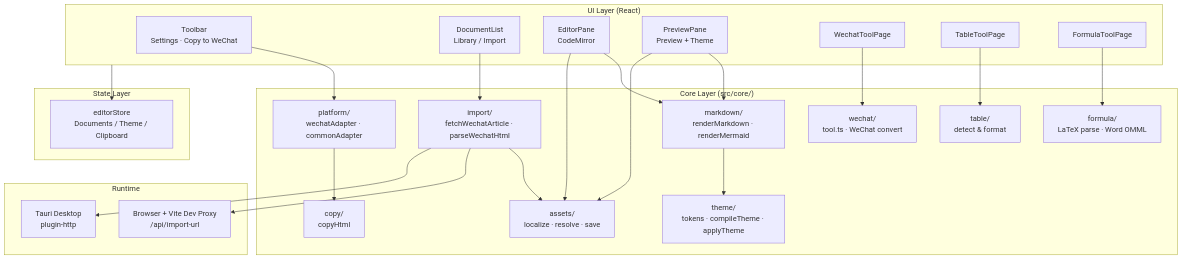
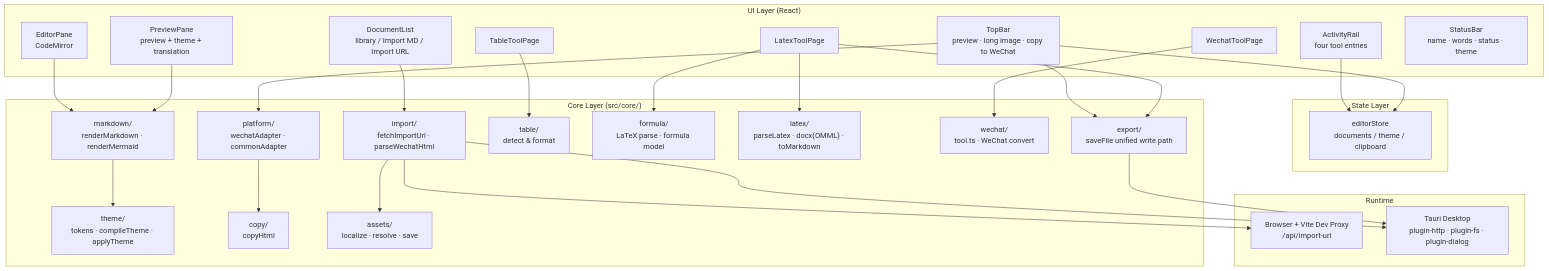
Before and after one commit to mo21cn/Baker-Writing-Studio: the diagram in README-EN.md, drawn with Mermaid. The commit also changed other lines of this file and 2 other files, not shown here.

````diff
--- a/README-EN.md
+++ b/README-EN.md
@@ -115,47 +250,54 @@
 ```mermaid
 flowchart TB
   subgraph UI["UI Layer (React)"]
-    TB[Toolbar<br/>Settings · Copy to WeChat]
-    DL[DocumentList<br/>Library / Import]
+    RAIL[ActivityRail<br/>four tool entries]
+    TOP[TopBar<br/>preview · long image · copy to WeChat]
+    DL[DocumentList<br/>library / Import MD / Import URL]
     EP[EditorPane<br/>CodeMirror]
-    PP[PreviewPane<br/>Preview + Theme]
+    PP[PreviewPane<br/>preview + theme + translation]
     WT[WechatToolPage]
     TT[TableToolPage]
-    FT[FormulaToolPage]
+    LT[LatexToolPage]
+    SB[StatusBar<br/>name · words · status · theme]
   end
 
   subgraph State["State Layer"]
-    ZS["editorStore<br/>Documents / Theme / Clipboard"]
+    ZS["editorStore<br/>documents / theme / clipboard"]
   end
 
   subgraph Core["Core Layer (src/core/)"]
     MD["markdown/<br/>renderMarkdown · renderMermaid"]
     TH["theme/<br/>tokens · compileTheme · applyTheme"]
     PL["platform/<br/>wechatAdapter · commonAdapter"]
     CP["copy/<br/>copyHtml"]
-    IM["import/<br/>fetchWechatArticle · parseWechatHtml"]
+    IM["import/<br/>fetchImportUrl · parseWechatHtml"]
     TBL["table/<br/>detect & format"]
-    FRM["formula/<br/>LaTeX parse · Word OMML"]
+    FRM["formula/<br/>LaTeX parse · formula model"]
+    LATEX["latex/<br/>parseLatex · docx(OMML) · toMarkdown"]
     WCT["wechat/<br/>tool.ts · WeChat convert"]
     AS["assets/<br/>localize · resolve · save"]
+    EX["export/<br/>saveFile unified write path"]
   end
 
   subgraph Runtime["Runtime"]
     WEB["Browser + Vite Dev Proxy<br/>/api/import-url"]
-    TAU["Tauri Desktop<br/>plugin-http"]
+    TAU["Tauri Desktop<br/>plugin-http · plugin-fs · plugin-dialog"]
   end
 
-  UI --> ZS
+  RAIL --> ZS
+  TOP --> ZS
+  DL --> IM
   EP --> MD
   PP --> MD --> TH
-  TB --> PL --> CP
-  DL --> IM
+  TOP --> PL --> CP
   IM --> AS
   WT --> WCT
   TT --> TBL
-  FT --> FRM
+  LT --> FRM
+  LT --> LATEX
+  TOP --> EX
+  LT --> EX
   IM --> WEB
   IM --> TAU
-  EP --> AS
-  PP --> AS
+  EX --> TAU
 ```
````
